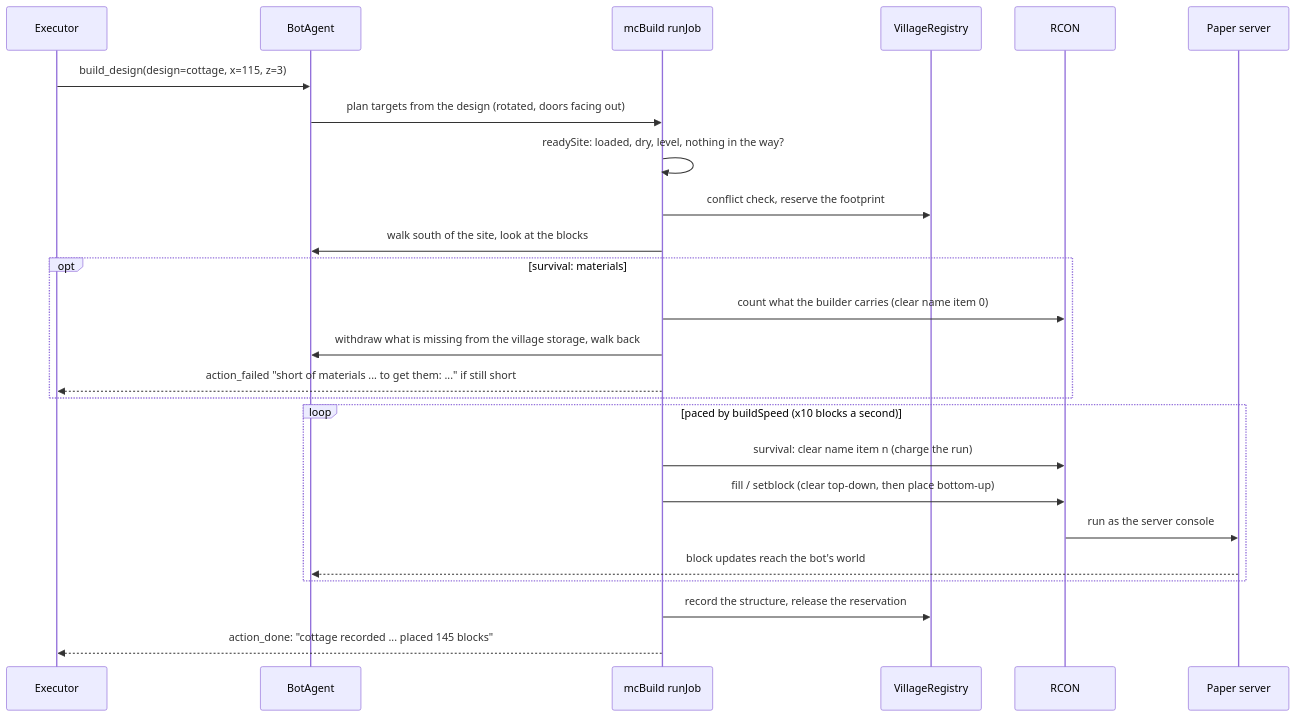
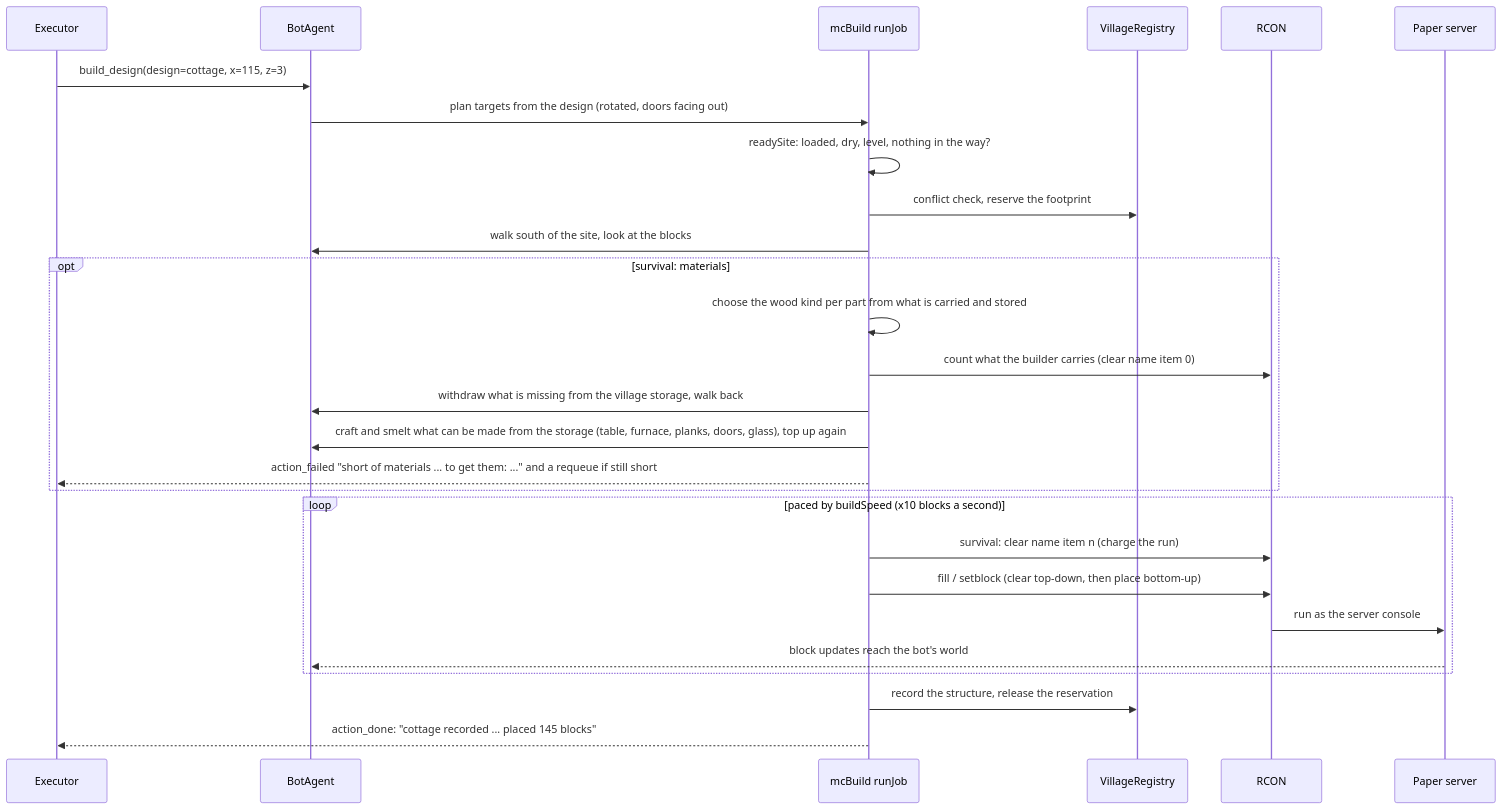
The eighth of 12 diagrams in docs/ARCHITECTURE.md (delphium226/MCAISandbox), drawn with Mermaid before and after one commit. The commit also changed other lines of this file and 1 other file, not shown here.

First line of the commit message:
README and architecture: how the agents work, in detail

````diff
--- a/docs/ARCHITECTURE.md
+++ b/docs/ARCHITECTURE.md
@@ -298,27 +320,29 @@
 ```mermaid
 sequenceDiagram
   participant E as Executor
   participant B as BotAgent
   participant J as mcBuild runJob
   participant V as VillageRegistry
   participant R as RCON
   participant P as Paper server
   E->>B: build_design(design=cottage, x=115, z=3)
   B->>J: plan targets from the design (rotated, doors facing out)
   J->>J: readySite: loaded, dry, level, nothing in the way?
   J->>V: conflict check, reserve the footprint
   J->>B: walk south of the site, look at the blocks
   opt survival: materials
+    J->>J: choose the wood kind per part from what is carried and stored
     J->>R: count what the builder carries (clear name item 0)
     J->>B: withdraw what is missing from the village storage, walk back
-    J-->>E: action_failed "short of materials ... to get them: ..." if still short
+    J->>B: craft and smelt what can be made from the storage (table, furnace, planks, doors, glass), top up again
+    J-->>E: action_failed "short of materials ... to get them: ..." and a requeue if still short
   end
   loop paced by buildSpeed (x10 blocks a second)
     J->>R: survival: clear name item n (charge the run)
     J->>R: fill / setblock (clear top-down, then place bottom-up)
     R->>P: run as the server console
     P-->>B: block updates reach the bot's world
   end
   J->>V: record the structure, release the reservation
   J-->>E: action_done: "cottage recorded ... placed 145 blocks"
 ```
````
